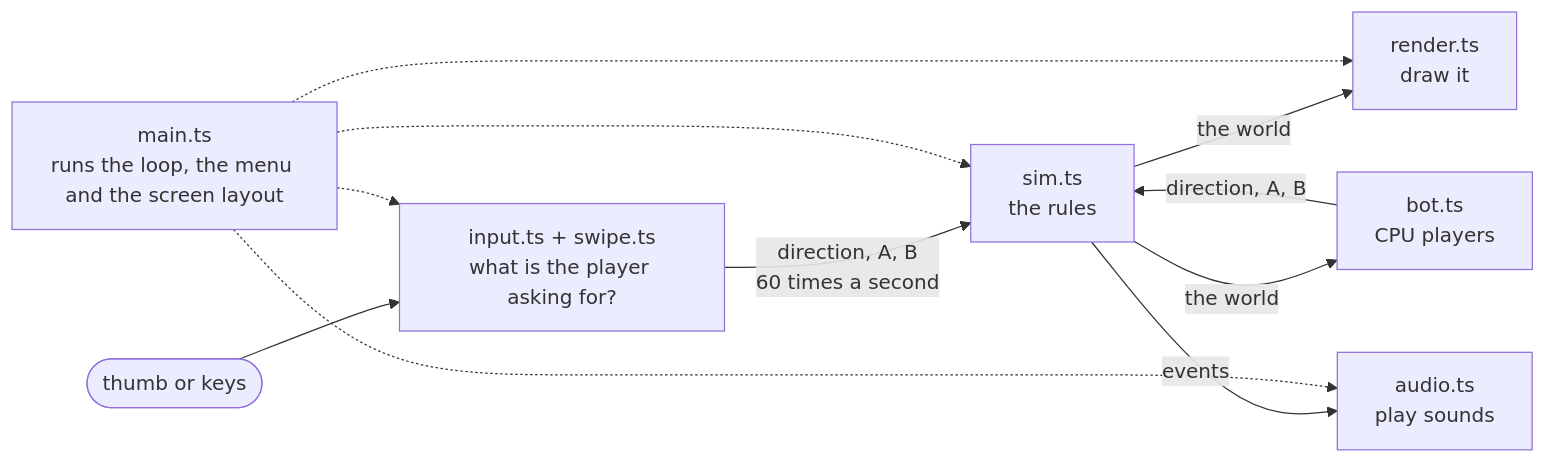
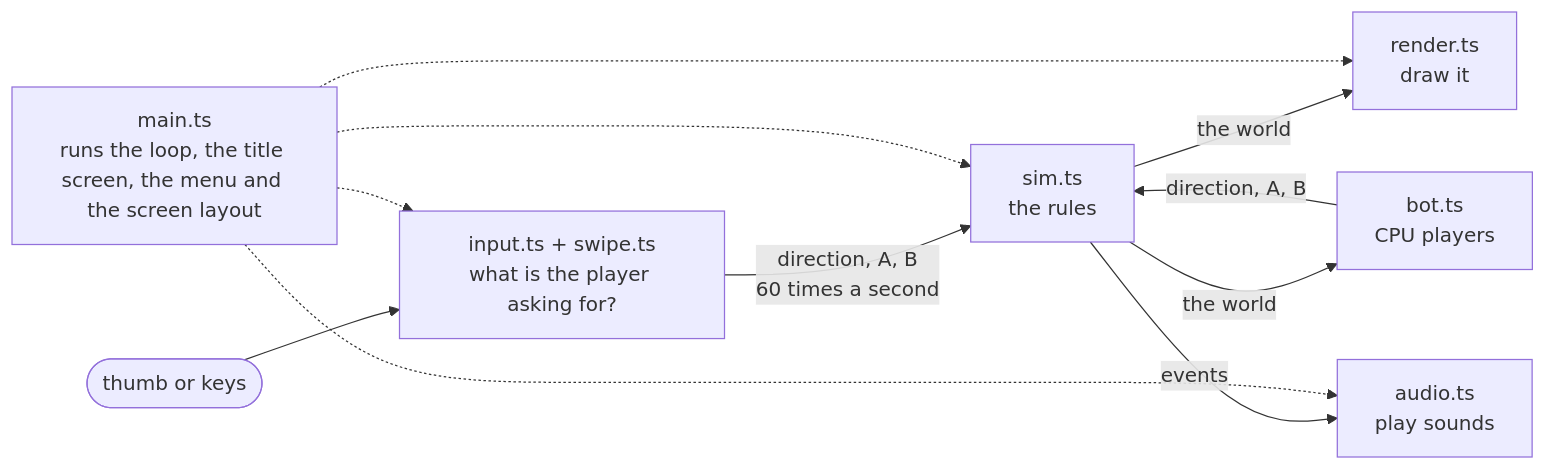
One commit to codybakerxx/BomberBot changed the diagram in docs/CODE-GUIDE.md. Above: the diagram before and after it, drawn with Mermaid. The commit also changed other lines of this file and 26 other files, not shown here.

````diff
--- a/docs/CODE-GUIDE.md
+++ b/docs/CODE-GUIDE.md
@@ -9,13 +9,13 @@
 ```mermaid
 flowchart LR
   T([thumb or keys]) --> I["input.ts + swipe.ts<br>what is the player asking for?"]
   I -- "direction, A, B<br>60 times a second" --> S["sim.ts<br>the rules"]
   S -- "the world" --> R["render.ts<br>draw it"]
   S -- "events" --> A["audio.ts<br>play sounds"]
   S -- "the world" --> B["bot.ts<br>CPU players"]
   B -- "direction, A, B" --> S
-  M["main.ts<br>runs the loop, the menu and the screen layout"] -.-> I
+  M["main.ts<br>runs the loop, the title screen, the menu and the screen layout"] -.-> I
   M -.-> S
   M -.-> R
   M -.-> A
 ```
````
